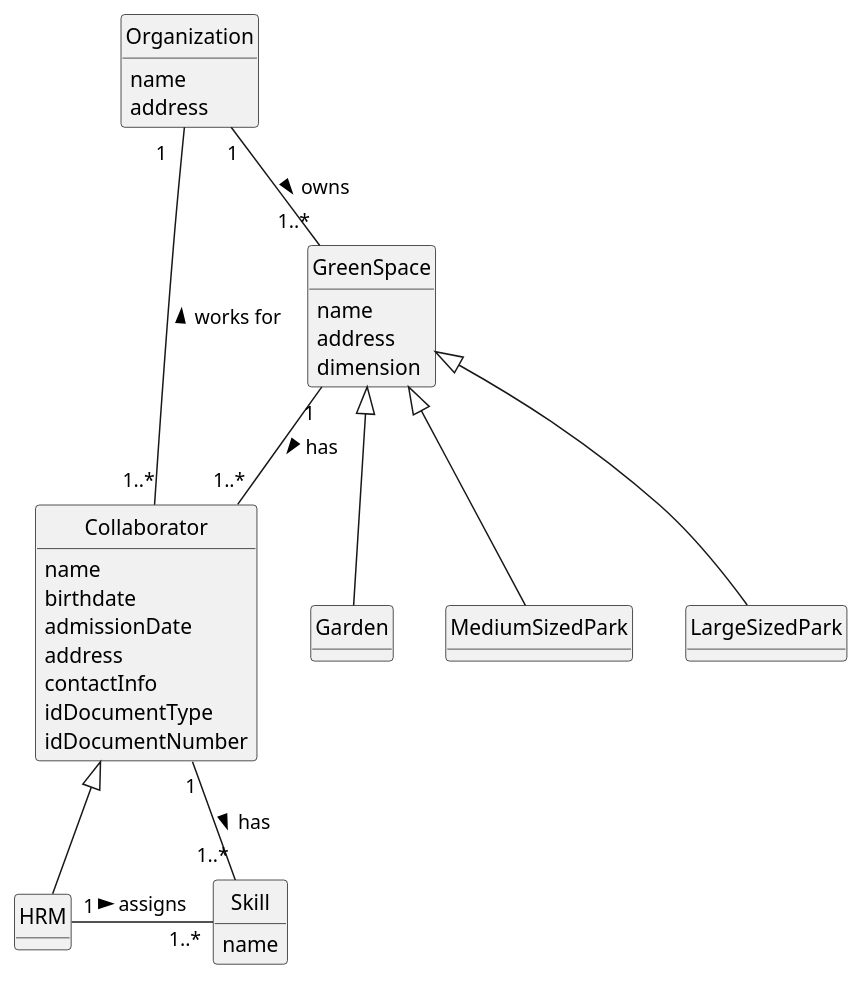
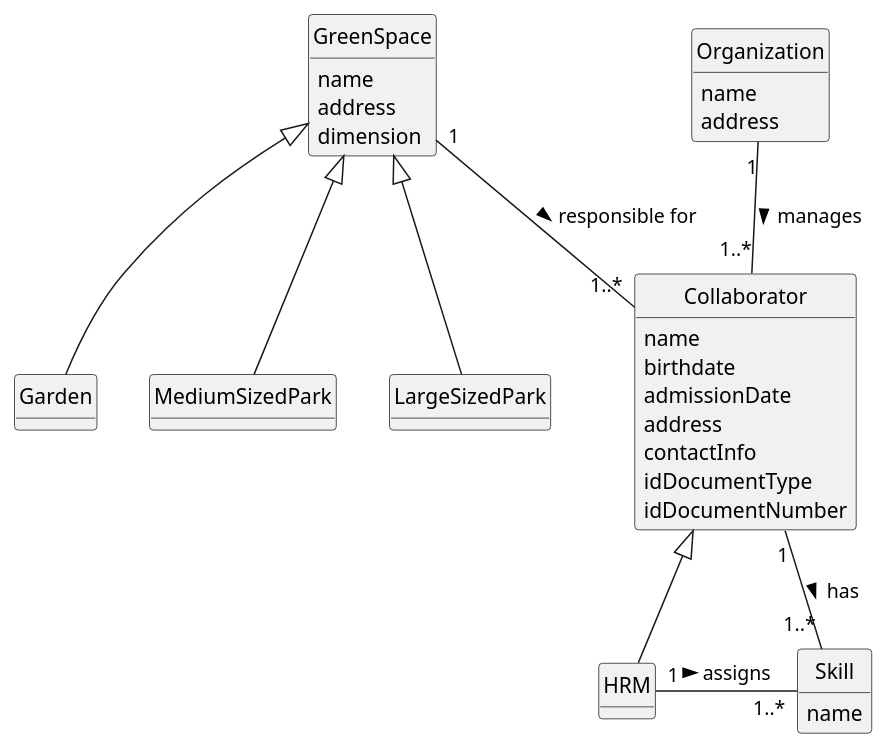
Before and after one commit to diogoveirospro/lei-24-s2-1dg-g072: the diagram in docs/sprintA/us004/02.analysis/puml/us004-domain-model.puml, drawn with PlantUML.

Commit message:
Correction on the US4 analysis

```diff
--- a/docs/sprintA/us004/02.analysis/puml/us004-domain-model.puml
+++ b/docs/sprintA/us004/02.analysis/puml/us004-domain-model.puml
@@ -1,63 +1,62 @@
 @startuml
 skinparam monochrome true
 skinparam packageStyle rectangle
 skinparam shadowing false
 
 'left to right direction
 
 skinparam classAttributeIconSize 0
 
 hide circle
 hide methods
 
 class Collaborator {
    name
    birthdate
    admissionDate
    address
    contactInfo
    idDocumentType
    idDocumentNumber
 }
 
 class Skill {
     name
 }
 
 class HRM {
 
 }
+
 class GreenSpace {
     name
     address
     dimension
 }
 
 class Garden {
 
 }
 
 class MediumSizedPark {
 
 }
 
 class LargeSizedPark {
 
 }
 
 class Organization{
     name
     address
 }
 
 GreenSpace <|-- Garden
 GreenSpace <|-- MediumSizedPark
 GreenSpace <|-- LargeSizedPark
 Collaborator <|-- HRM
 HRM "1" - "1..*" Skill : assigns >
 Collaborator "1" -- "1..*" Skill : has >
-GreenSpace "1" -- "1..*" Collaborator: has >
-Organization "1" -- "1..*" GreenSpace: owns >
-Organization "1   " -- "1..*" Collaborator: works for <
-
+Organization "1" -- "1..*" Collaborator: manages >
+GreenSpace "1" -- "1..*" Collaborator: responsible for >
 @enduml
```
